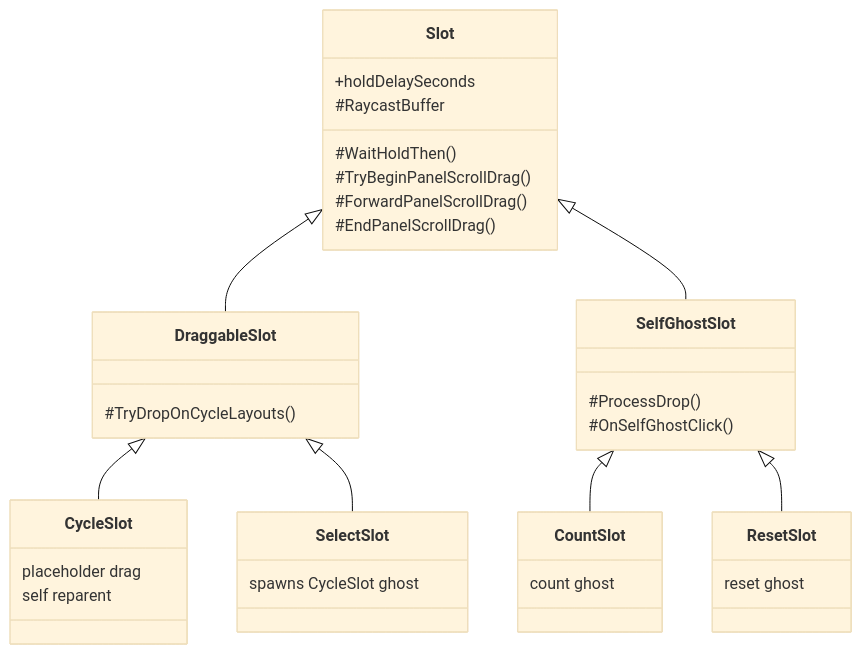
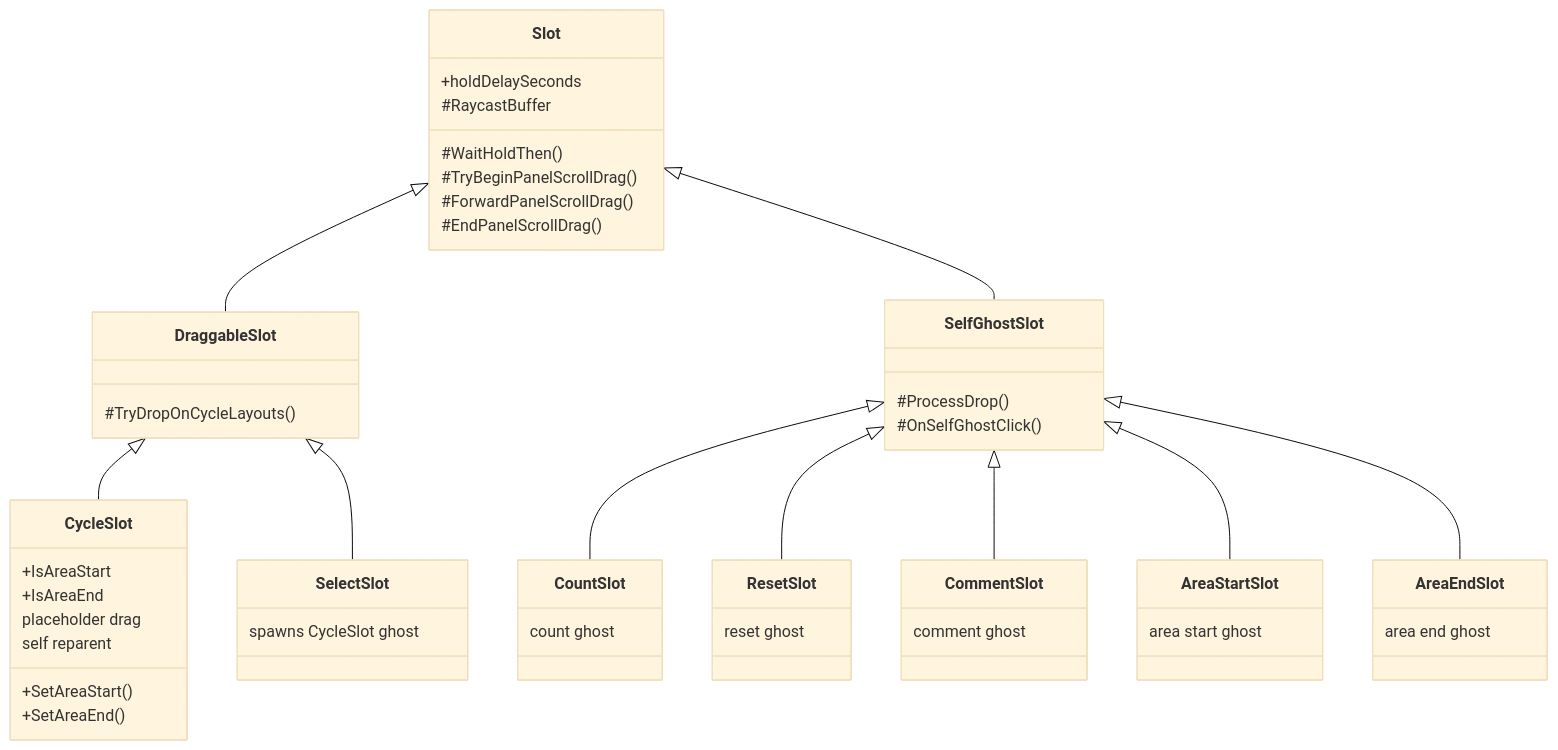
The diagram in .ai_context/architecture.md (KSangMin/CRToA_GuideMaker), drawn with Mermaid (base theme) before and after one commit. The commit also changed other lines of this file and 28 other files, not shown here.

````diff
--- a/.ai_context/architecture.md
+++ b/.ai_context/architecture.md
@@ -11,38 +11,54 @@
 ```mermaid
 classDiagram
     direction TB
   class Slot {
     +holdDelaySeconds
     #WaitHoldThen()
     #TryBeginPanelScrollDrag()
     #ForwardPanelScrollDrag()
     #EndPanelScrollDrag()
     #RaycastBuffer
   }
   class DraggableSlot {
     #TryDropOnCycleLayouts()
   }
   class SelfGhostSlot {
     #ProcessDrop()
     #OnSelfGhostClick()
   }
   class CycleSlot {
+    +IsAreaStart
+    +IsAreaEnd
+    +SetAreaStart()
+    +SetAreaEnd()
     placeholder drag
     self reparent
   }
   class SelectSlot {
     spawns CycleSlot ghost
   }
   class CountSlot {
     count ghost
   }
   class ResetSlot {
     reset ghost
   }
+  class CommentSlot {
+    comment ghost
+  }
+  class AreaStartSlot {
+    area start ghost
+  }
+  class AreaEndSlot {
+    area end ghost
+  }
   Slot <|-- DraggableSlot
   Slot <|-- SelfGhostSlot
   DraggableSlot <|-- CycleSlot
   DraggableSlot <|-- SelectSlot
   SelfGhostSlot <|-- CountSlot
   SelfGhostSlot <|-- ResetSlot
+  SelfGhostSlot <|-- CommentSlot
+  SelfGhostSlot <|-- AreaStartSlot
+  SelfGhostSlot <|-- AreaEndSlot
 ```
````
